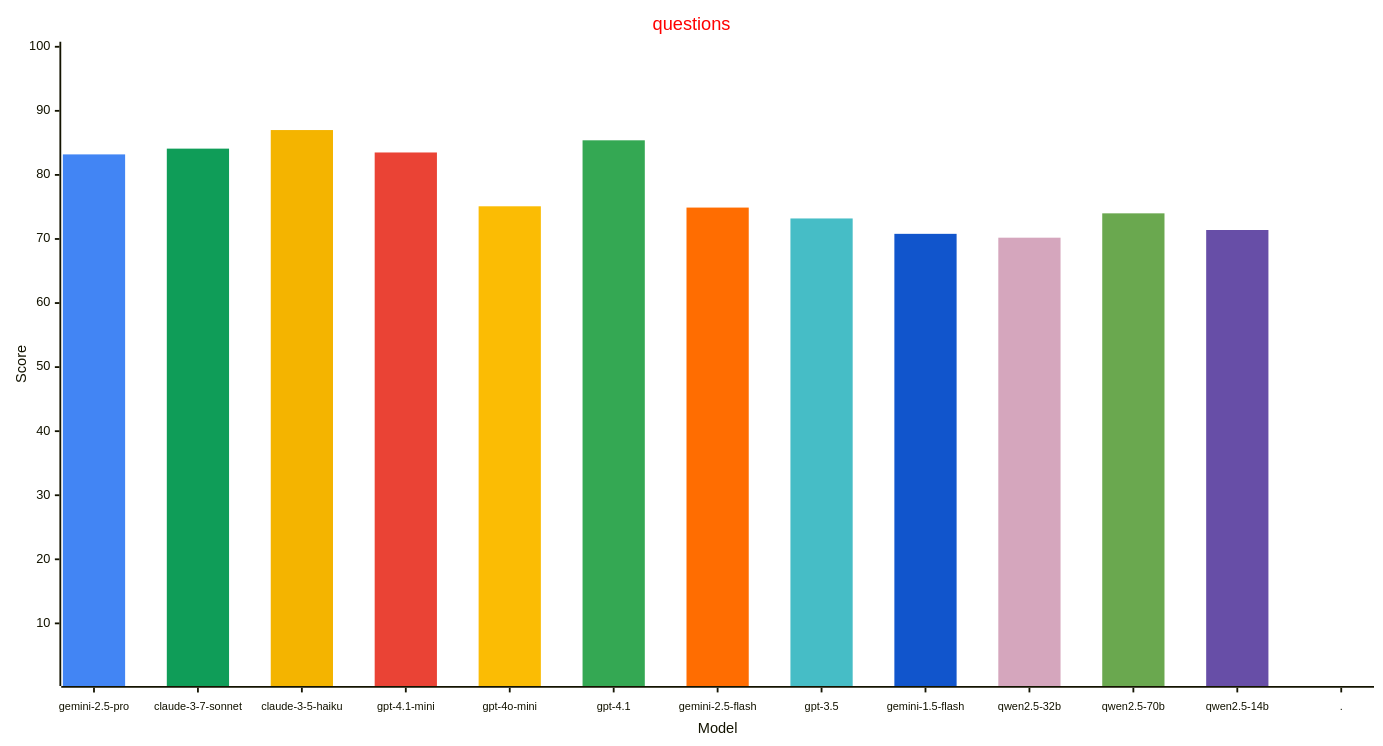
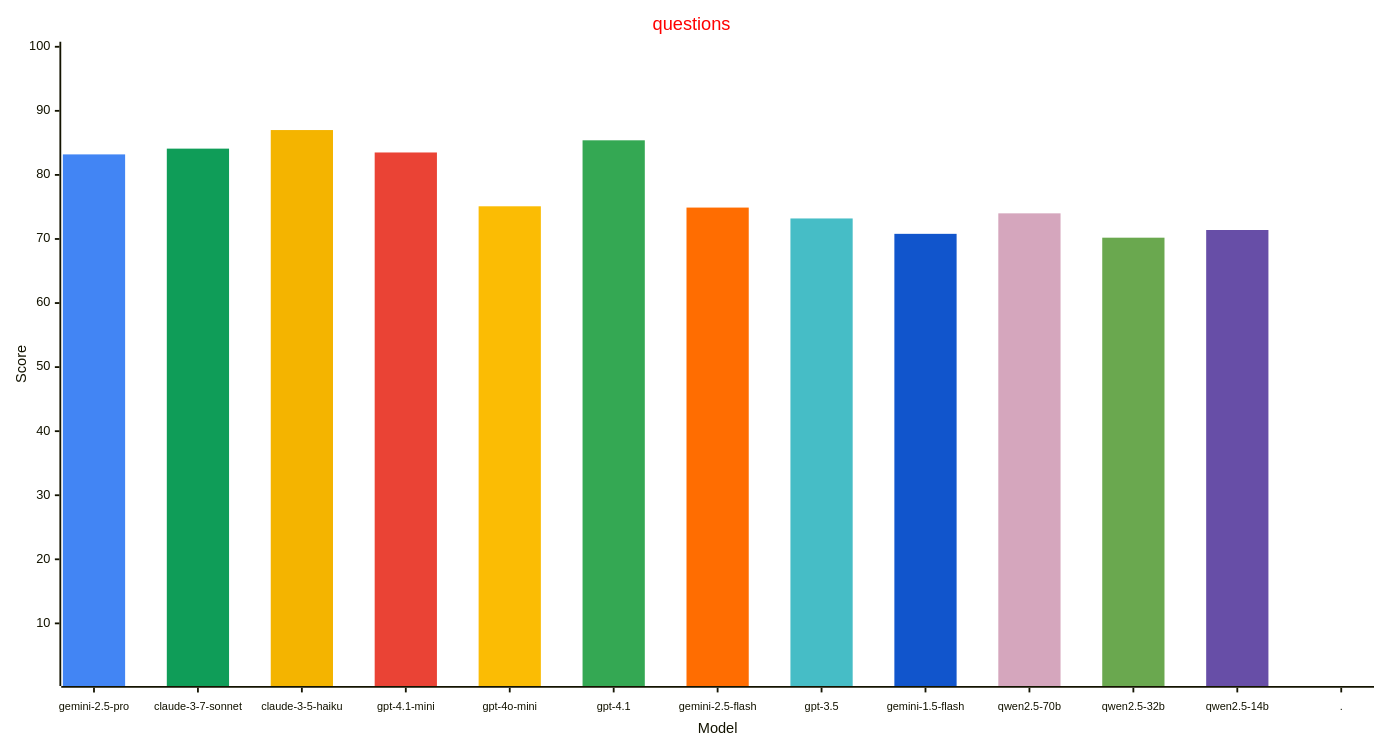
One commit to allenporter/home-assistant-datasets changed the third of 4 diagrams in reports/README.md. Above: the diagram before and after it, drawn with Mermaid. The commit also changed other lines of this file and 202 other files, not shown here.

Commit message:
Add qwen2.5-70b assist-mini results

````diff
--- a/reports/README.md
+++ b/reports/README.md
@@ -155,33 +155,33 @@
 ```mermaid
 ---
 config:
     xyChart:
         width: 1500
         height: 800
         xAxis:
           labelFontSize: 12
           labelPadding: 8
     themeVariables:
         xyChart:
             titleColor: "#ff0000"
             plotColorPalette: "#4285f4, #0f9d58, #f4b400, #ea4335, #fbbc04, #34a853, #ff6d01, #46bdc6, #1155cc, #d5a6bd, #6aa84f, #674ea7, #4285f4"
 
 ---
 xychart-beta
   title "questions"
-  x-axis "Model" [gemini-2.5-pro, claude-3-7-sonnet, claude-3-5-haiku, gpt-4.1-mini, gpt-4o-mini, gpt-4.1, gemini-2.5-flash, gpt-3.5, gemini-1.5-flash, qwen2.5-32b, qwen2.5-70b, qwen2.5-14b, .]
+  x-axis "Model" [gemini-2.5-pro, claude-3-7-sonnet, claude-3-5-haiku, gpt-4.1-mini, gpt-4o-mini, gpt-4.1, gemini-2.5-flash, gpt-3.5, gemini-1.5-flash, qwen2.5-70b, qwen2.5-32b, qwen2.5-14b, .]
   y-axis "Score" 1 --> 100
   bar [83.2, 0.0, 0.0, 0.0, 0.0, 0.0, 0.0, 0.0, 0.0, 0.0, 0.0, 0.0, 0.0]
   bar [0.0, 84.1, 0.0, 0.0, 0.0, 0.0, 0.0, 0.0, 0.0, 0.0, 0.0, 0.0, 0.0]
   bar [0.0, 0.0, 87.0, 0.0, 0.0, 0.0, 0.0, 0.0, 0.0, 0.0, 0.0, 0.0, 0.0]
   bar [0.0, 0.0, 0.0, 83.5, 0.0, 0.0, 0.0, 0.0, 0.0, 0.0, 0.0, 0.0, 0.0]
   bar [0.0, 0.0, 0.0, 0.0, 75.1, 0.0, 0.0, 0.0, 0.0, 0.0, 0.0, 0.0, 0.0]
   bar [0.0, 0.0, 0.0, 0.0, 0.0, 85.4, 0.0, 0.0, 0.0, 0.0, 0.0, 0.0, 0.0]
   bar [0.0, 0.0, 0.0, 0.0, 0.0, 0.0, 74.9, 0.0, 0.0, 0.0, 0.0, 0.0, 0.0]
   bar [0.0, 0.0, 0.0, 0.0, 0.0, 0.0, 0.0, 73.2, 0.0, 0.0, 0.0, 0.0, 0.0]
   bar [0.0, 0.0, 0.0, 0.0, 0.0, 0.0, 0.0, 0.0, 70.8, 0.0, 0.0, 0.0, 0.0]
-  bar [0.0, 0.0, 0.0, 0.0, 0.0, 0.0, 0.0, 0.0, 0.0, 70.2, 0.0, 0.0, 0.0]
-  bar [0.0, 0.0, 0.0, 0.0, 0.0, 0.0, 0.0, 0.0, 0.0, 0.0, 74.0, 0.0, 0.0]
+  bar [0.0, 0.0, 0.0, 0.0, 0.0, 0.0, 0.0, 0.0, 0.0, 74.0, 0.0, 0.0, 0.0]
+  bar [0.0, 0.0, 0.0, 0.0, 0.0, 0.0, 0.0, 0.0, 0.0, 0.0, 70.2, 0.0, 0.0]
   bar [0.0, 0.0, 0.0, 0.0, 0.0, 0.0, 0.0, 0.0, 0.0, 0.0, 0.0, 71.4, 0.0]
   bar [0.0, 0.0, 0.0, 0.0, 0.0, 0.0, 0.0, 0.0, 0.0, 0.0, 0.0, 0.0, -1.0]
 ```
````
